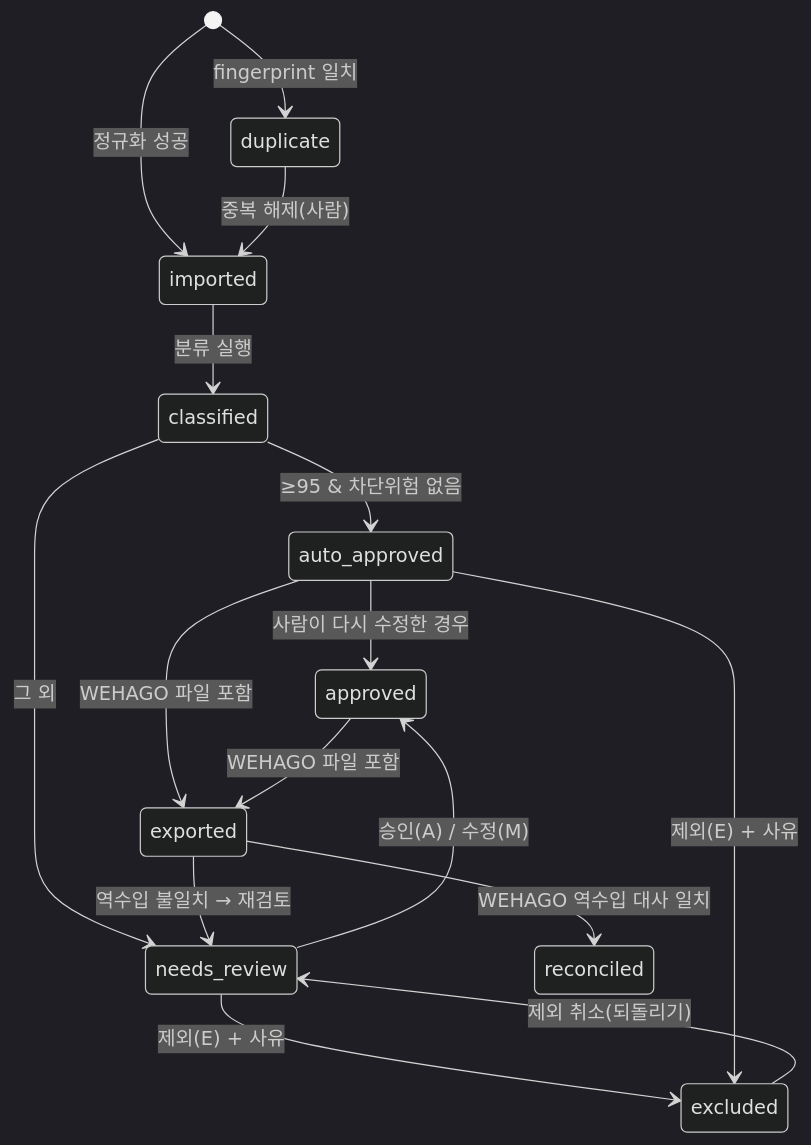
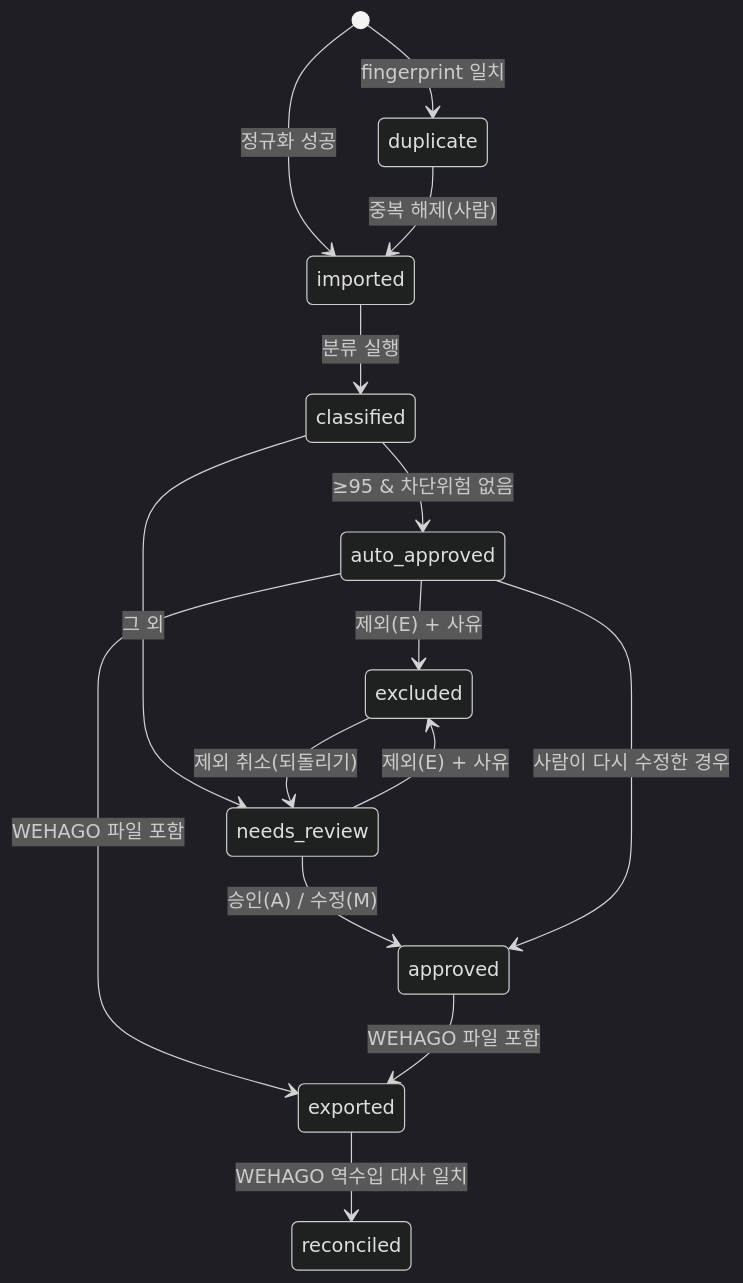
Before and after one commit to taxmin0812-netizen/cloudtest: the fifth of 9 diagrams in docs/03-architecture.md, drawn with Mermaid (dark theme). The commit also changed other lines of this file and 133 other files, not shown here.

````diff
--- a/docs/03-architecture.md
+++ b/docs/03-architecture.md
@@ -227,18 +228,17 @@
 ```mermaid
 stateDiagram-v2
   [*] --> imported : 정규화 성공
   [*] --> duplicate : fingerprint 일치
   imported --> classified : 분류 실행
   classified --> auto_approved : ≥95 & 차단위험 없음
   classified --> needs_review : 그 외
   needs_review --> approved : 승인(A) / 수정(M)
   auto_approved --> approved : 사람이 다시 수정한 경우
   needs_review --> excluded : 제외(E) + 사유
   auto_approved --> excluded : 제외(E) + 사유
   duplicate --> imported : 중복 해제(사람)
   excluded --> needs_review : 제외 취소(되돌리기)
   auto_approved --> exported : WEHAGO 파일 포함
   approved --> exported : WEHAGO 파일 포함
   exported --> reconciled : WEHAGO 역수입 대사 일치
-  exported --> needs_review : 역수입 불일치 → 재검토
 ```
````
